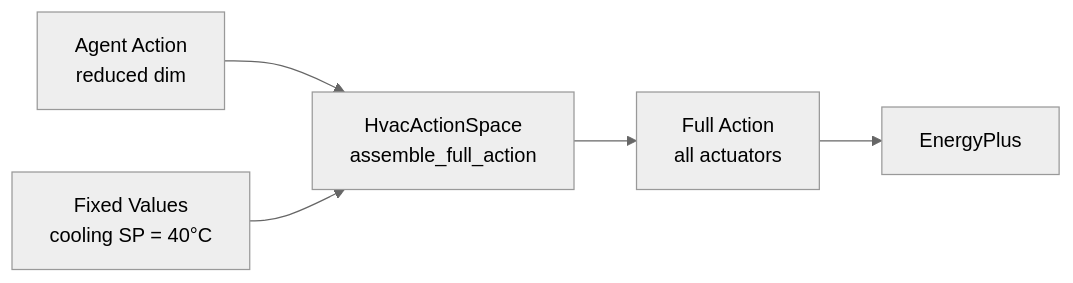
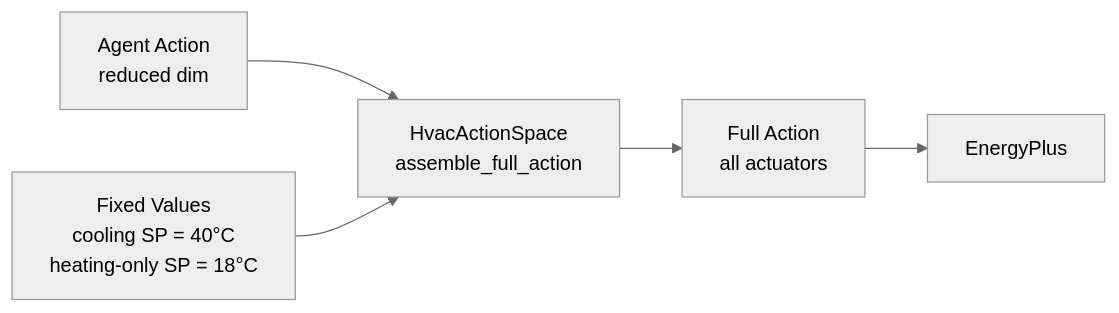
One commit to vtaboga/building2building changed the diagram in docs/guide/actions.md. Above: the diagram before and after it, drawn with Mermaid (neutral theme). The commit also changed other lines of this file and 19 other files, not shown here.

Commit message:
handle heating only zones

````diff
--- a/docs/guide/actions.md
+++ b/docs/guide/actions.md
@@ -73,7 +77,7 @@
 ```mermaid
 flowchart LR
     A[Agent Action<br/>reduced dim] --> H[HvacActionSpace<br/>assemble_full_action]
     H --> F[Full Action<br/>all actuators]
     F --> E[EnergyPlus]
-    P[Fixed Values<br/>cooling SP = 40°C] --> H
+    P[Fixed Values<br/>cooling SP = 40°C<br/>heating-only SP = 18°C] --> H
 ```
````
